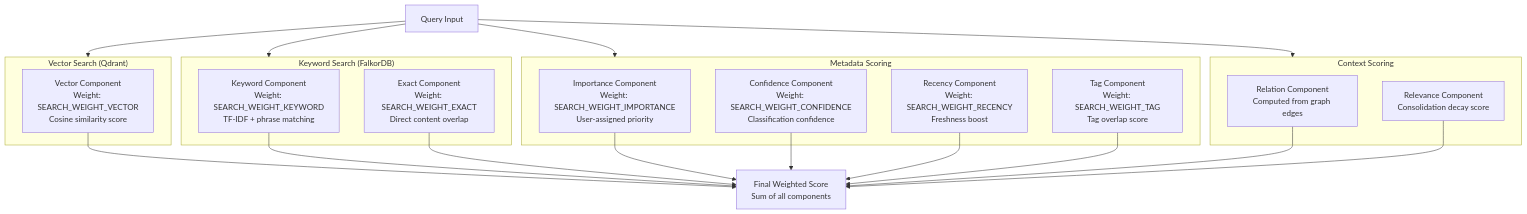
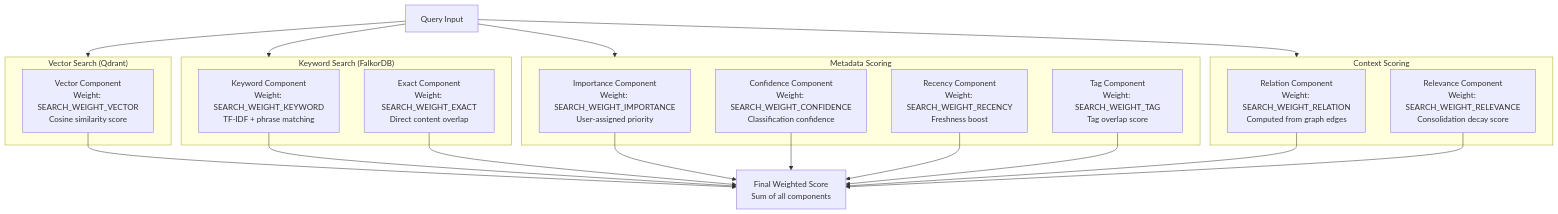
Before and after one commit to verygoodplugins/automem-website: the second of 4 diagrams in src/content/docs/docs/reference/api/recall-operations.md, drawn with Mermaid.

Commit message:
docs: add weight labels to RelationComp and RelevanceComp Mermaid nodes
Address Copilot review comment: both nodes were missing Weight env var
labels that all other 7 scoring components include.

https://claude.ai/code/session_01TKNzDGimWo3saSQBHjntYF

````diff
--- a/src/content/docs/docs/reference/api/recall-operations.md
+++ b/src/content/docs/docs/reference/api/recall-operations.md
@@ -155,42 +155,42 @@
 ```mermaid
 graph TB
     Query["Query Input"]
 
     subgraph VectorSearch["Vector Search (Qdrant)"]
         VectorComp["Vector Component<br/>Weight: SEARCH_WEIGHT_VECTOR<br/>Cosine similarity score"]
     end
 
     subgraph KeywordSearch["Keyword Search (FalkorDB)"]
         KeywordComp["Keyword Component<br/>Weight: SEARCH_WEIGHT_KEYWORD<br/>TF-IDF + phrase matching"]
         ExactComp["Exact Component<br/>Weight: SEARCH_WEIGHT_EXACT<br/>Direct content overlap"]
     end
 
     subgraph MetadataScoring["Metadata Scoring"]
         ImportanceComp["Importance Component<br/>Weight: SEARCH_WEIGHT_IMPORTANCE<br/>User-assigned priority"]
         ConfidenceComp["Confidence Component<br/>Weight: SEARCH_WEIGHT_CONFIDENCE<br/>Classification confidence"]
         RecencyComp["Recency Component<br/>Weight: SEARCH_WEIGHT_RECENCY<br/>Freshness boost"]
         TagComp["Tag Component<br/>Weight: SEARCH_WEIGHT_TAG<br/>Tag overlap score"]
     end
 
     subgraph ContextScoring["Context Scoring"]
-        RelationComp["Relation Component<br/>Computed from graph edges"]
-        RelevanceComp["Relevance Component<br/>Consolidation decay score"]
+        RelationComp["Relation Component<br/>Weight: SEARCH_WEIGHT_RELATION<br/>Computed from graph edges"]
+        RelevanceComp["Relevance Component<br/>Weight: SEARCH_WEIGHT_RELEVANCE<br/>Consolidation decay score"]
     end
 
     FinalScore["Final Weighted Score<br/>Sum of all components"]
 
     Query --> VectorSearch
     Query --> KeywordSearch
     Query --> MetadataScoring
     Query --> ContextScoring
 
     VectorComp --> FinalScore
     KeywordComp --> FinalScore
     ExactComp --> FinalScore
     ImportanceComp --> FinalScore
     ConfidenceComp --> FinalScore
     RecencyComp --> FinalScore
     TagComp --> FinalScore
     RelationComp --> FinalScore
     RelevanceComp --> FinalScore
 ```
````
